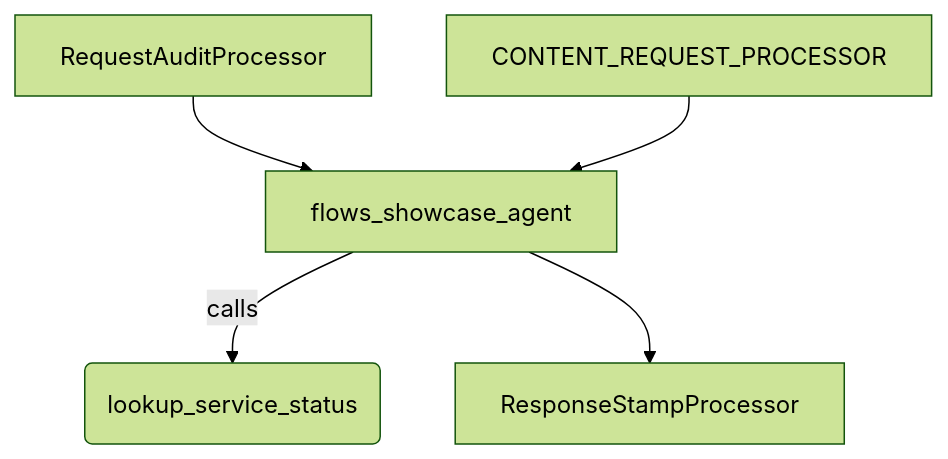
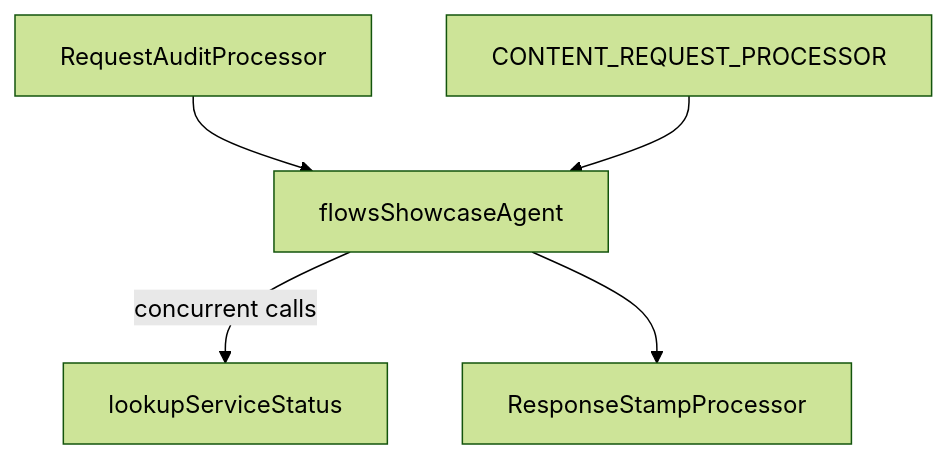
The diagram in samples/flows/README.md (AntiBettsity/adk-js), drawn with Mermaid (forest theme) before and after one commit. The commit also changed other lines of this file and 7 other files, not shown here.

First line of the commit message:
feat(agents): execute parallel tool calls concurrently and retain latest state writes (#1416)

````diff
--- a/samples/flows/README.md
+++ b/samples/flows/README.md
@@ -17,7 +17,7 @@
 ```mermaid
 graph TD
-    ReqProc[RequestAuditProcessor] --> Agent[flows_showcase_agent]
-    ContentProc[CONTENT_REQUEST_PROCESSOR] --> Agent
-    Agent -->|calls| Tool(lookup_service_status)
-    Agent --> RespProc[ResponseStampProcessor]
+    ReqProc["RequestAuditProcessor"] --> Agent["flowsShowcaseAgent"]
+    ContentProc["CONTENT_REQUEST_PROCESSOR"] --> Agent
+    Agent -->|concurrent calls| Tool["lookupServiceStatus"]
+    Agent --> RespProc["ResponseStampProcessor"]
 ```
````
